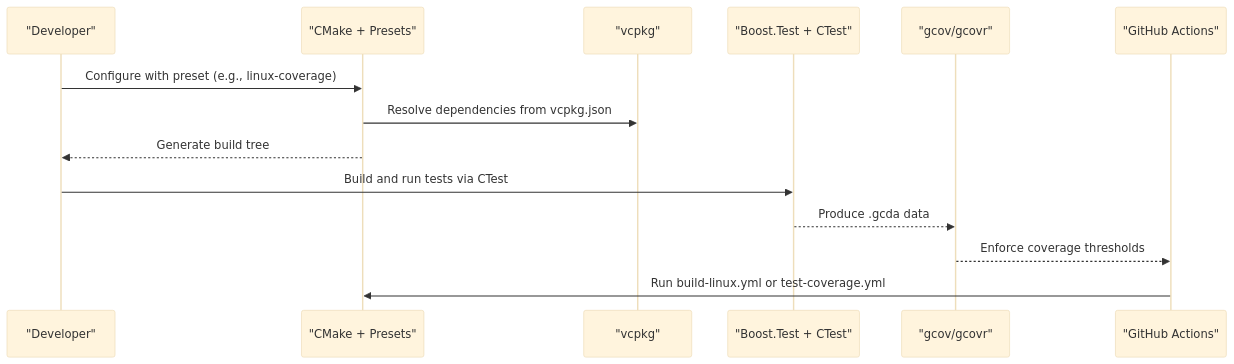
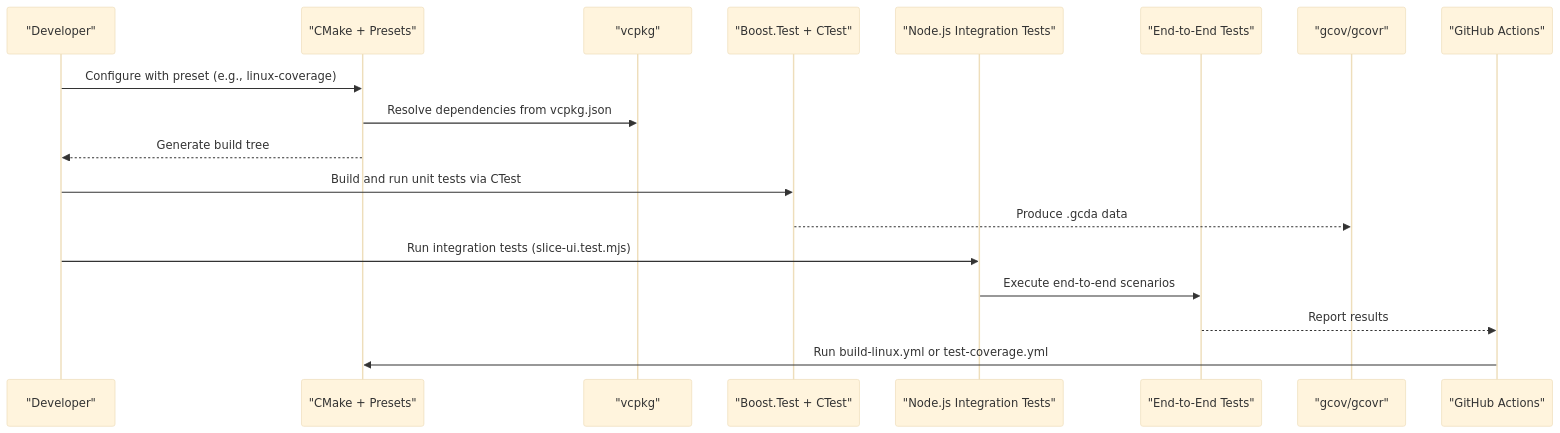
The second of 9 diagrams in .qoder/repowiki/en/content/Development Testing & Contribution.md (hsmbanlance/HsBaSlicer), drawn with Mermaid (base theme) before and after one commit. The commit also changed other lines of this file and 101 other files, not shown here.

````diff
--- a/.qoder/repowiki/en/content/Development Testing & Contribution.md
+++ b/.qoder/repowiki/en/content/Development Testing & Contribution.md
@@ -121,16 +148,20 @@
 ```mermaid
 sequenceDiagram
 participant Dev as "Developer"
 participant CMake as "CMake + Presets"
 participant VCPKG as "vcpkg"
-participant Test as "Boost.Test + CTest"
+participant UnitTests as "Boost.Test + CTest"
+participant IntegrationTests as "Node.js Integration Tests"
+participant E2ETests as "End-to-End Tests"
 participant Coverage as "gcov/gcovr"
 participant CI as "GitHub Actions"
 Dev->>CMake : Configure with preset (e.g., linux-coverage)
 CMake->>VCPKG : Resolve dependencies from vcpkg.json
 CMake-->>Dev : Generate build tree
-Dev->>Test : Build and run tests via CTest
-Test-->>Coverage : Produce .gcda data
-Coverage-->>CI : Enforce coverage thresholds
+Dev->>UnitTests : Build and run unit tests via CTest
+UnitTests-->>Coverage : Produce .gcda data
+Dev->>IntegrationTests : Run integration tests (slice-ui.test.mjs)
+IntegrationTests->>E2ETests : Execute end-to-end scenarios
+E2ETests-->>CI : Report results
 CI->>CMake : Run build-linux.yml or test-coverage.yml
 ```
````
